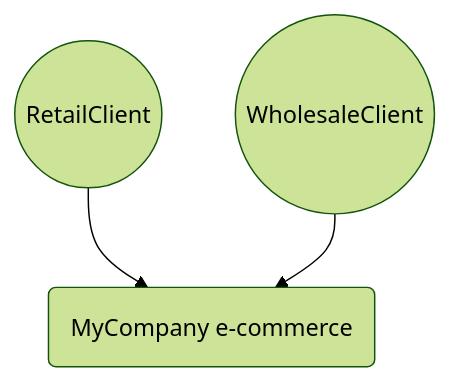
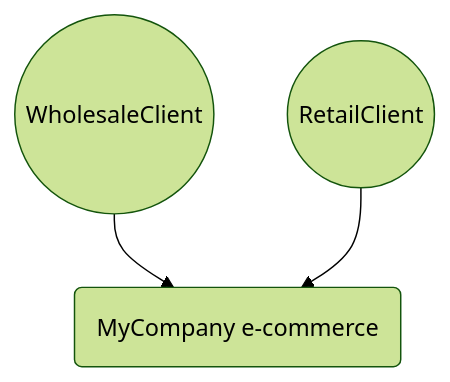
One commit to itlibrium/DDD-starter-dotnet changed the diagram in Docs/P3/MermaidOutput/README.md. Above: the diagram before and after it, drawn with Mermaid (forest theme). The commit also changed other lines of this file and 78 other files, not shown here.

````diff
--- a/Docs/P3/MermaidOutput/README.md
+++ b/Docs/P3/MermaidOutput/README.md
@@ -7,11 +7,11 @@
 ```mermaid
   flowchart TB
     0(MyCompany e-commerce)
-    1((RetailClient))
+    1((WholesaleClient))
     1-->0
-    2((WholesaleClient))
+    2((RetailClient))
     2-->0
     classDef DomainPerspective stroke:#009900
     classDef TechnologyPerspective stroke:#1F41EB
     classDef PeoplePerspective stroke:#FFF014
 ```
````
